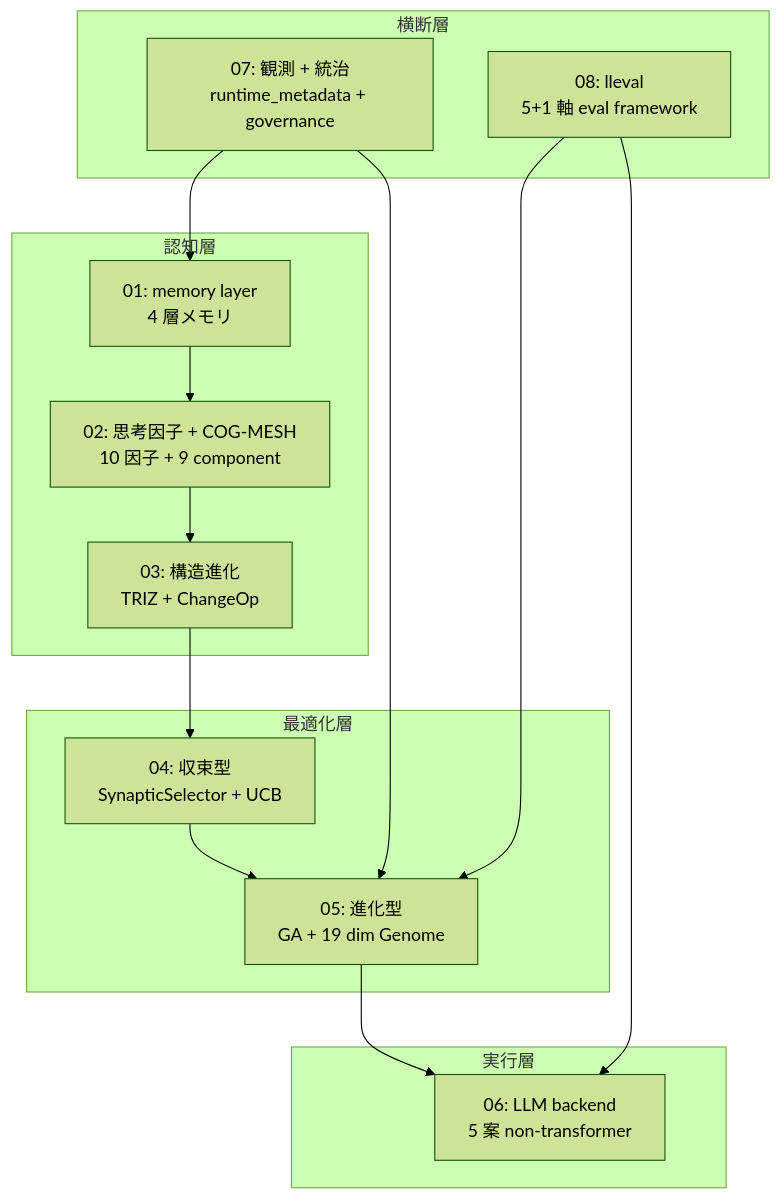
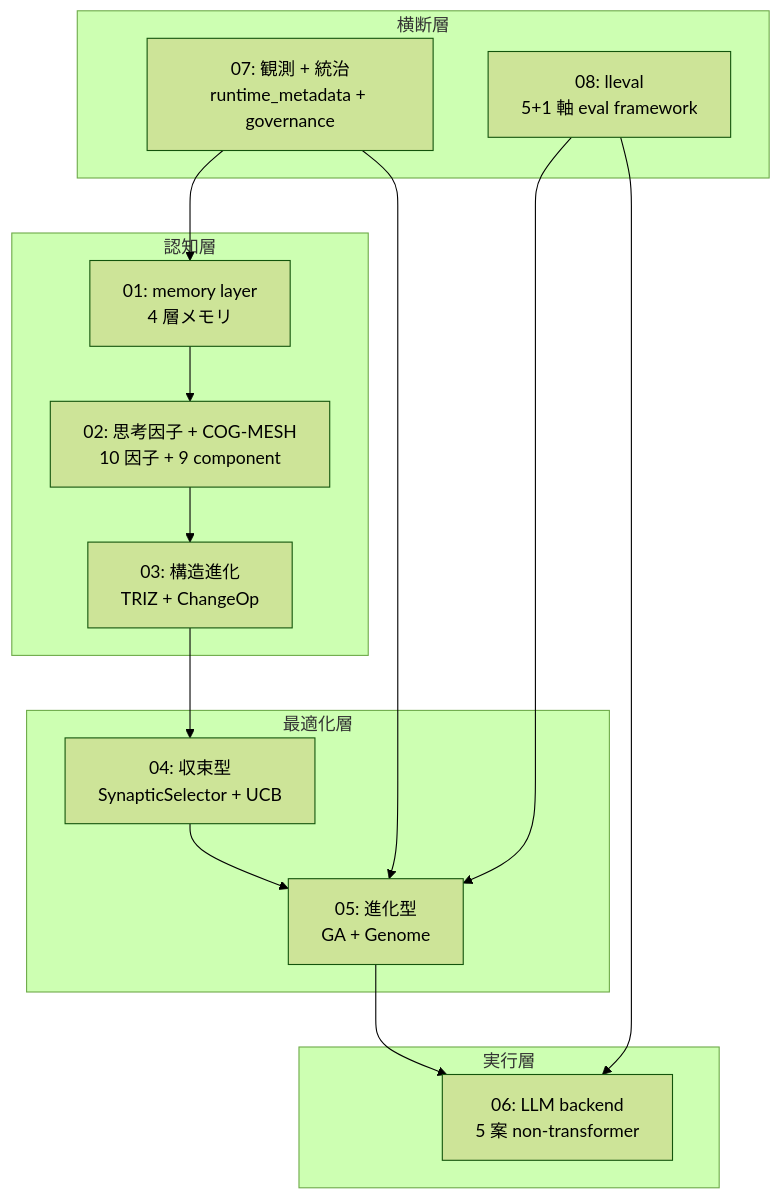
One commit to furuse-kazufumi/fullsense changed the first of 4 diagrams in docs/articles/QIITA_#24_00_llive_tech_series_index.md. Above: the diagram before and after it, drawn with Mermaid (forest theme). The commit also changed other lines of this file and 1 other file, not shown here.

````diff
--- a/docs/articles/QIITA_#24_00_llive_tech_series_index.md
+++ b/docs/articles/QIITA_#24_00_llive_tech_series_index.md
@@ -75,28 +61,28 @@
 ```mermaid
 flowchart TB
     subgraph 認知層
       M[01: memory layer<br/>4 層メモリ]
       C[02: 思考因子 + COG-MESH<br/>10 因子 + 9 component]
       S[03: 構造進化<br/>TRIZ + ChangeOp]
     end
     subgraph 最適化層
       OPT_CONV[04: 収束型<br/>SynapticSelector + UCB]
-      OPT_EVO[05: 進化型<br/>GA + 19 dim Genome]
+      OPT_EVO[05: 進化型<br/>GA + Genome]
     end
     subgraph 実行層
       BE[06: LLM backend<br/>5 案 non-transformer]
     end
     subgraph 横断層
       OBS[07: 観測 + 統治<br/>runtime_metadata + governance]
       EVAL[08: lleval<br/>5+1 軸 eval framework]
     end
     M --> C
     C --> S
     S --> OPT_CONV
     OPT_CONV --> OPT_EVO
     OPT_EVO --> BE
     OBS --> M
     OBS --> OPT_EVO
     EVAL --> BE
     EVAL --> OPT_EVO
 ```
````
